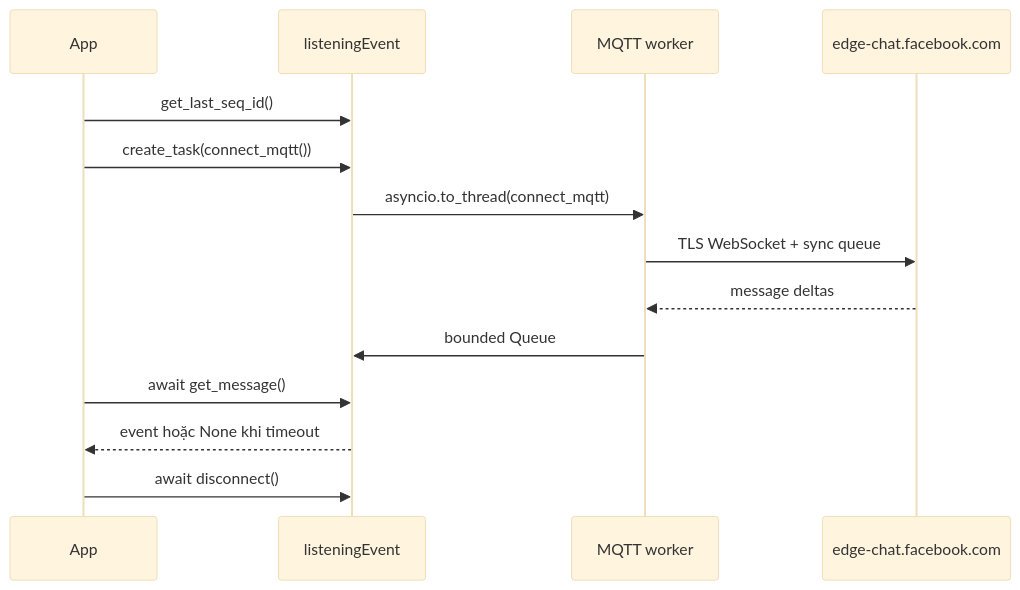
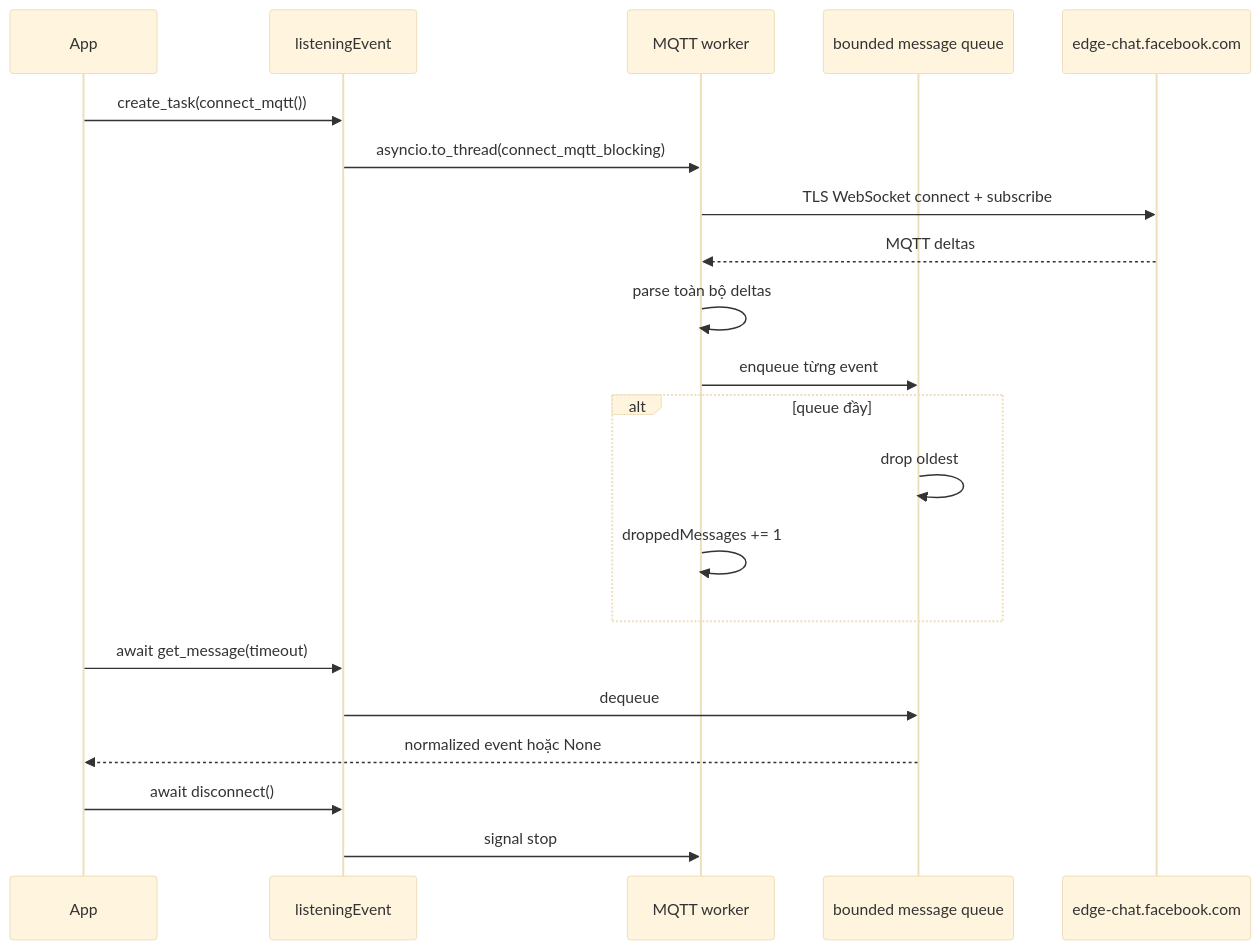
The sixth of 13 diagrams in FLOWCHART.md (m008v/fbchat-v2), drawn with Mermaid (base theme) before and after one commit. The commit also changed other lines of this file and 19 other files, not shown here.

````diff
--- a/FLOWCHART.md
+++ b/FLOWCHART.md
@@ -21,17 +121,24 @@
 ```mermaid
 sequenceDiagram
     participant App
     participant Listener as listeningEvent
     participant Worker as MQTT worker
+    participant Queue as bounded message queue
     participant FB as edge-chat.facebook.com
 
-    App->>Listener: get_last_seq_id()
     App->>Listener: create_task(connect_mqtt())
-    Listener->>Worker: asyncio.to_thread(connect_mqtt)
-    Worker->>FB: TLS WebSocket + sync queue
-    FB-->>Worker: message deltas
-    Worker->>Listener: bounded Queue
-    App->>Listener: await get_message()
-    Listener-->>App: event hoặc None khi timeout
+    Listener->>Worker: asyncio.to_thread(connect_mqtt_blocking)
+    Worker->>FB: TLS WebSocket connect + subscribe
+    FB-->>Worker: MQTT deltas
+    Worker->>Worker: parse toàn bộ deltas
+    Worker->>Queue: enqueue từng event
+    alt queue đầy
+        Queue->>Queue: drop oldest
+        Worker->>Worker: droppedMessages += 1
+    end
+    App->>Listener: await get_message(timeout)
+    Listener->>Queue: dequeue
+    Queue-->>App: normalized event hoặc None
     App->>Listener: await disconnect()
+    Listener->>Worker: signal stop
 ```
````
